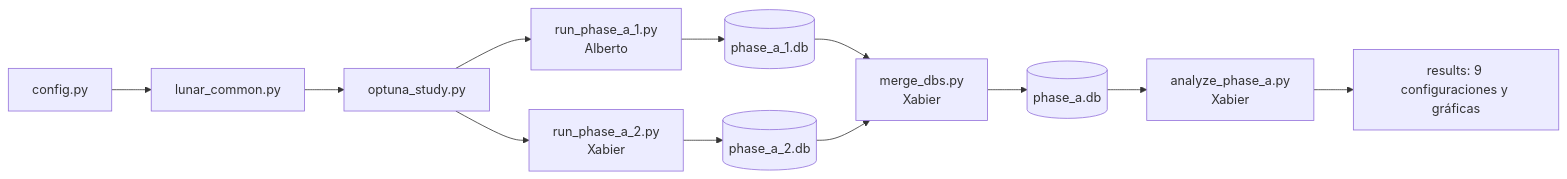
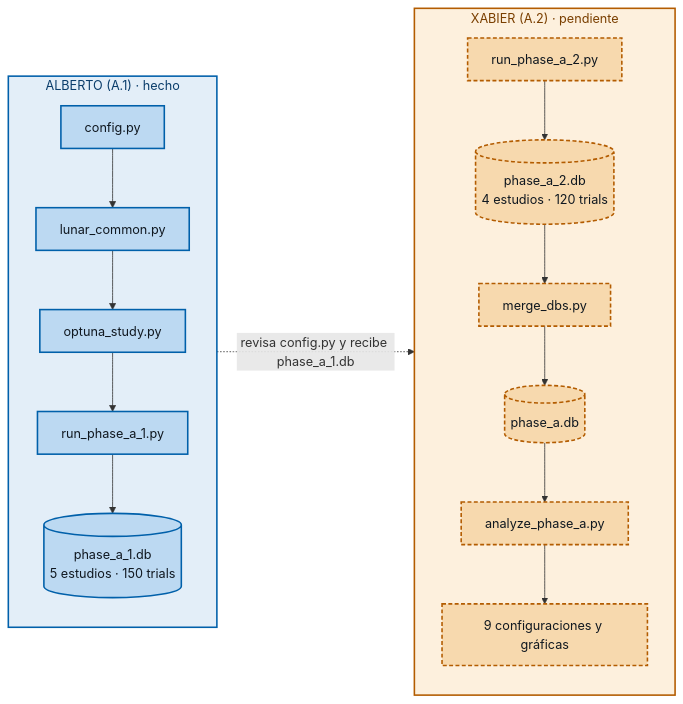
One commit to xabierabadperez/RL-Actividad_01 changed the diagram in ESTADO_EQUIPO.md. Above: the diagram before and after it, drawn with Mermaid. The commit also changed other lines of this file, not shown here.

````diff
--- a/ESTADO_EQUIPO.md
+++ b/ESTADO_EQUIPO.md
@@ -80,13 +80,32 @@
 ```mermaid
 flowchart LR
-    C[config.py] --> L[lunar_common.py] --> O[optuna_study.py]
-    O --> R1[run_phase_a_1.py<br/>Alberto]
-    O --> R2[run_phase_a_2.py<br/>Xabier]
-    R1 --> D1[(phase_a_1.db)]
-    R2 --> D2[(phase_a_2.db)]
-    D1 --> M[merge_dbs.py<br/>Xabier]
-    D2 --> M
-    M --> D[(phase_a.db)]
-    D --> A[analyze_phase_a.py<br/>Xabier]
-    A --> Z[results: 9 configuraciones y gráficas]
+    subgraph ALB["ALBERTO (A.1) · hecho"]
+        direction TB
+        C[config.py]
+        L[lunar_common.py]
+        O[optuna_study.py]
+        R1[run_phase_a_1.py]
+        D1[(phase_a_1.db<br/>5 estudios · 150 trials)]
+        C --> L --> O --> R1 --> D1
+    end
+
+    subgraph XAB["XABIER (A.2) · pendiente"]
+        direction TB
+        R2[run_phase_a_2.py]
+        D2[(phase_a_2.db<br/>4 estudios · 120 trials)]
+        M[merge_dbs.py]
+        D[(phase_a.db)]
+        A[analyze_phase_a.py]
+        Z[9 configuraciones y gráficas]
+        R2 --> D2 --> M --> D --> A --> Z
+    end
+
+    ALB -. "revisa config.py y recibe phase_a_1.db" .-> XAB
+
+    classDef hecho fill:#bcd9f2,stroke:#0060aa,stroke-width:2px,color:#101820
+    classDef pendiente fill:#f7d9ae,stroke:#b35c00,stroke-width:2px,stroke-dasharray:5 3,color:#101820
+    class C,L,O,R1,D1 hecho
+    class R2,D2,M,D,A,Z pendiente
+    style ALB fill:#e3eef8,stroke:#0060aa,stroke-width:2px,color:#0a3d6b
+    style XAB fill:#fdf0dd,stroke:#b35c00,stroke-width:2px,color:#7a3f00
 ```
````
